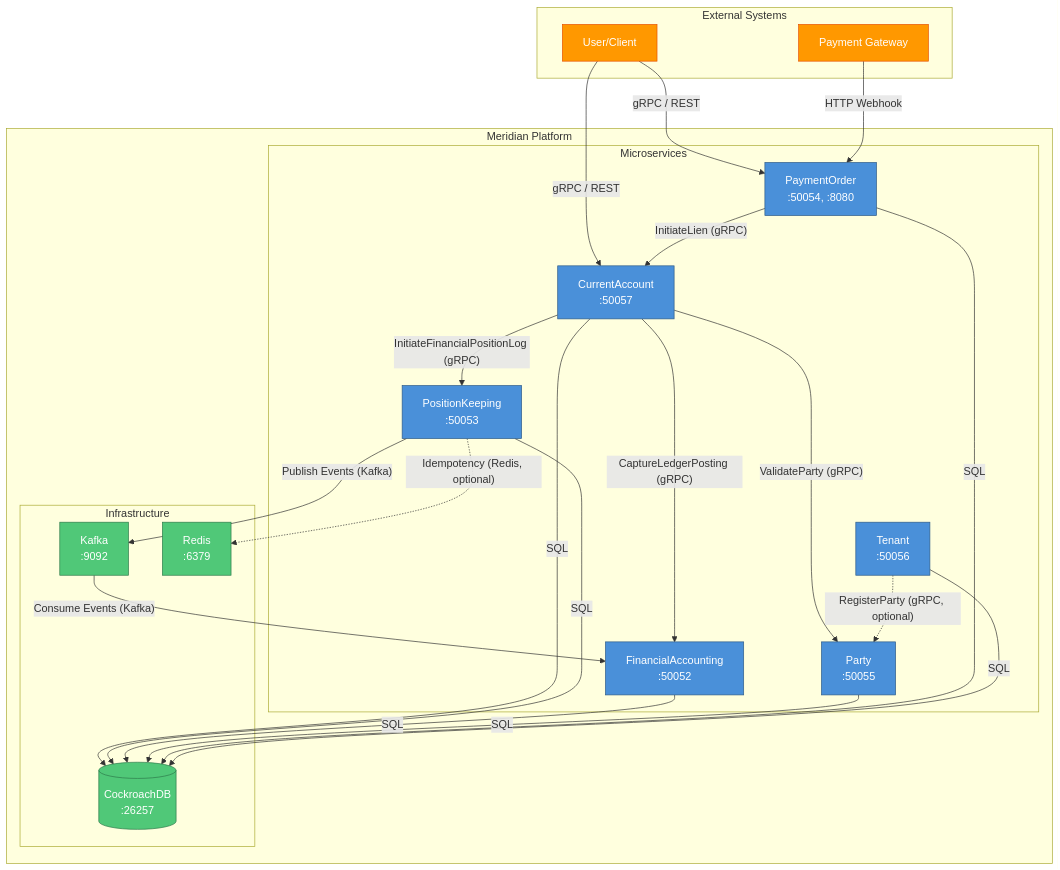
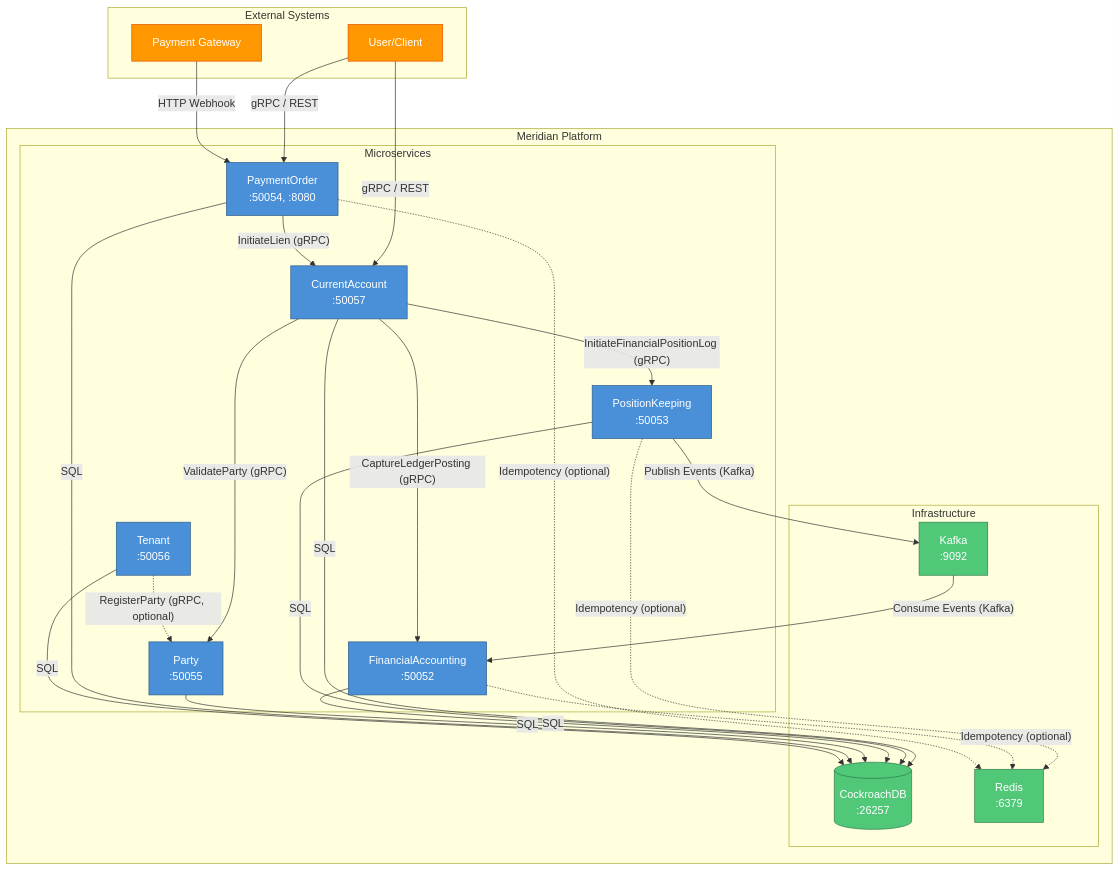
Before and after one commit to meridianhub/meridian: the diagram in services/README.md, drawn with Mermaid. The commit also changed other lines of this file, not shown here.

Commit message:
docs: Show Redis idempotency connections for all applicable services
Update architecture diagram to show optional Redis connections for
PositionKeeping, FinancialAccounting, and PaymentOrder services.
All three services need idempotency for exactly-once semantics.

````diff
--- a/services/README.md
+++ b/services/README.md
@@ -10,59 +10,61 @@
 ```mermaid
 flowchart TB
     subgraph External["External Systems"]
         User["User/Client"]
         Gateway["Payment Gateway"]
     end
 
     subgraph Platform["Meridian Platform"]
         subgraph Services["Microservices"]
             CA["CurrentAccount<br/>:50057"]
             PK["PositionKeeping<br/>:50053"]
             FA["FinancialAccounting<br/>:50052"]
             Party["Party<br/>:50055"]
             PO["PaymentOrder<br/>:50054, :8080"]
             Tenant["Tenant<br/>:50056"]
         end
 
         subgraph Infrastructure["Infrastructure"]
             DB[("CockroachDB<br/>:26257")]
             Kafka["Kafka<br/>:9092"]
             Redis["Redis<br/>:6379"]
         end
     end
 
     %% External connections
     User -->|"gRPC / REST"| CA
     User -->|"gRPC / REST"| PO
     Gateway -->|"HTTP Webhook"| PO
 
     %% gRPC inter-service calls
     CA -->|"ValidateParty (gRPC)"| Party
     CA -->|"InitiateFinancialPositionLog (gRPC)"| PK
     CA -->|"CaptureLedgerPosting (gRPC)"| FA
     PO -->|"InitiateLien (gRPC)"| CA
     Tenant -.->|"RegisterParty (gRPC, optional)"| Party
 
     %% Kafka event streaming
     PK -->|"Publish Events (Kafka)"| Kafka
     Kafka -->|"Consume Events (Kafka)"| FA
 
     %% Database connections
     CA -->|"SQL"| DB
     PK -->|"SQL"| DB
     FA -->|"SQL"| DB
     Party -->|"SQL"| DB
     PO -->|"SQL"| DB
     Tenant -->|"SQL"| DB
 
-    %% Redis (optional)
-    PK -.->|"Idempotency (Redis, optional)"| Redis
+    %% Redis (optional idempotency)
+    PK -.->|"Idempotency (optional)"| Redis
+    FA -.->|"Idempotency (optional)"| Redis
+    PO -.->|"Idempotency (optional)"| Redis
 
     classDef service fill:#4a90d9,stroke:#2d5a87,color:#fff
     classDef infra fill:#50c878,stroke:#2d7a4a,color:#fff
     classDef external fill:#ff9800,stroke:#e65100,color:#fff
 
     class CA,PK,FA,Party,PO,Tenant service
     class DB,Kafka,Redis infra
     class User,Gateway external
 ```
````
